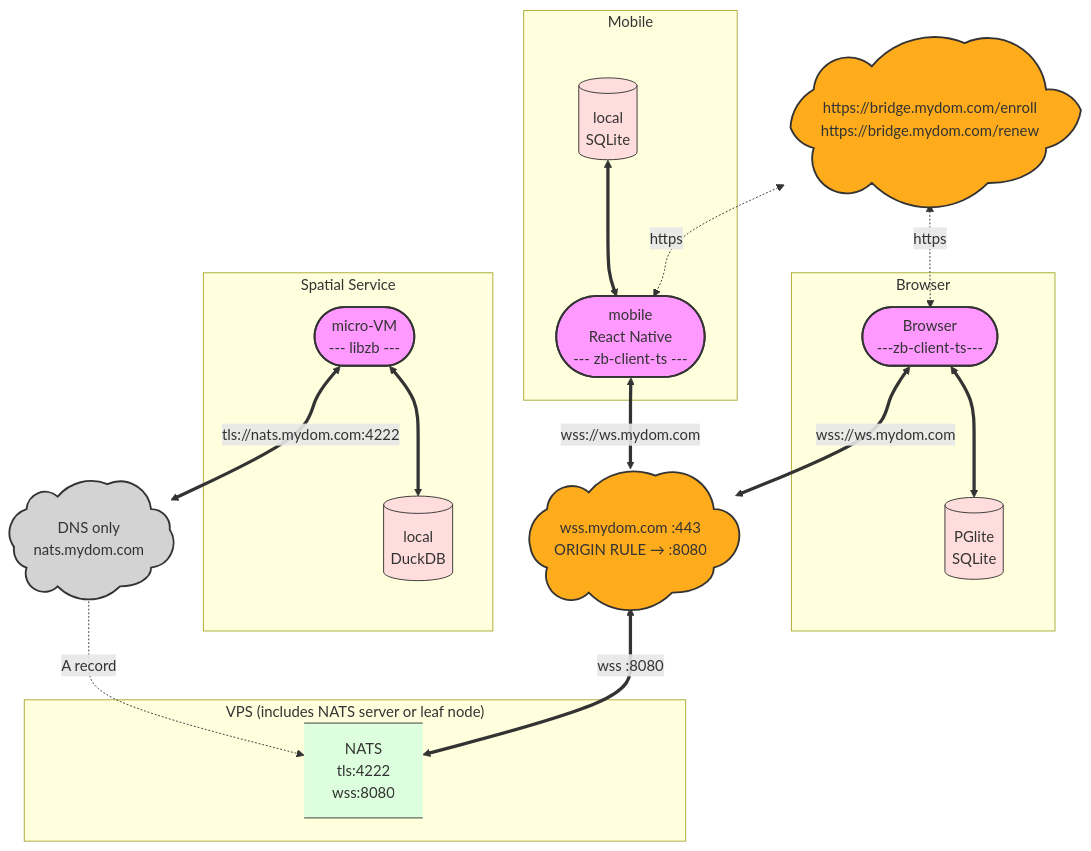
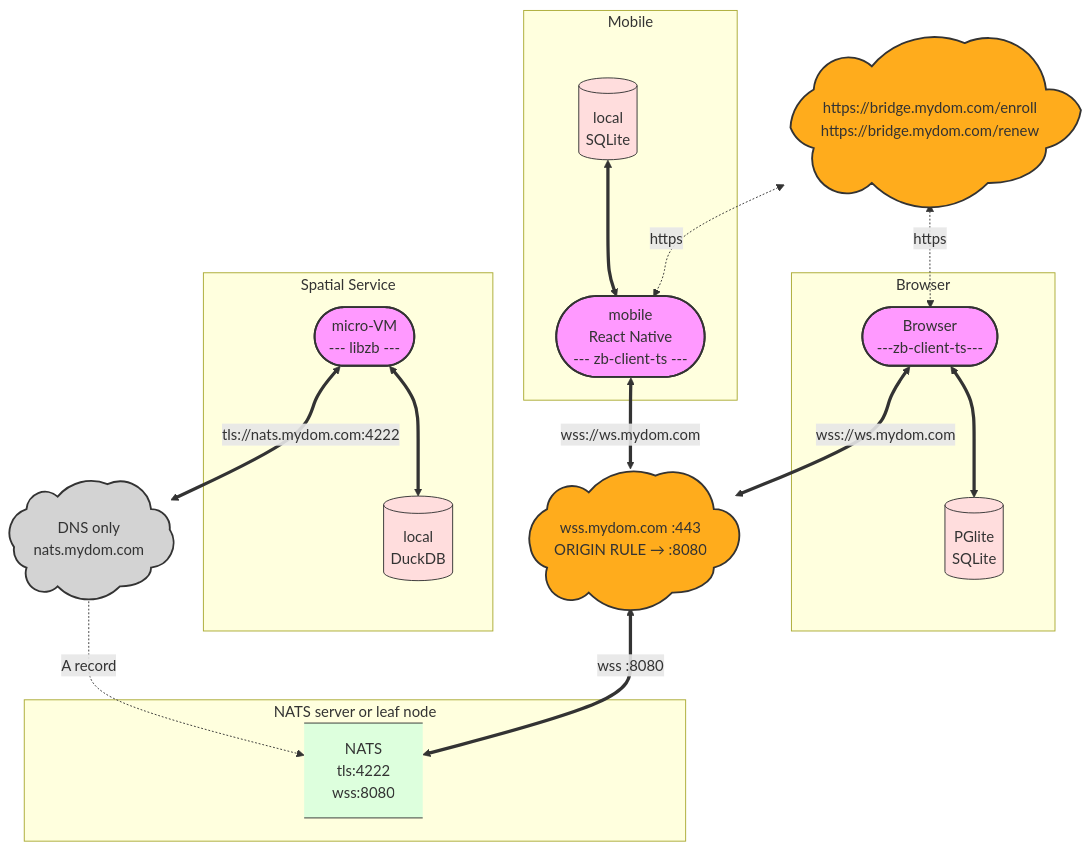
One commit to ndrean/ZeBridge changed the third of 6 diagrams in README.md. Above: the diagram before and after it, drawn with Mermaid. The commit also changed other lines of this file and 2 other files, not shown here.

Commit message:
README: the leaf node section in the contents, the topology label; 10-airports: a favicon
Claude-Session: https://claude.ai/code/session_01ScqRrb1UvuFCwy26GTX7hf

````diff
--- a/README.md
+++ b/README.md
@@ -401,50 +402,50 @@
 ```mermaid
 graph TD
     classDef external fill:#f9f,stroke:#333,stroke-width:2px;
     classDef orange-proxy fill:#FFAC1C,stroke:#333,stroke-width:2px;
     classDef grey-proxy fill:#D3D3D3,stroke:#333,stroke-width:2px;
     classDef internal fill:#dfd,stroke:#333,stroke-width:1px;
     classDef secure fill:#fdd,stroke:#333,stroke-width:1px;
     classDef telemetry fill:#fff2cc,stroke:#d6b656,stroke-width:1px;
     classDef daemon fill:#bdf3ff,stroke:#ac0100,stroke-width:2px;
 
     subgraph Mobile
       UserMobile([mobile<br>React Native<br>--- zb-client-ts ---]):::external
       LocalSQLite[(local<br>SQLite)]:::secure
       LocalSQLite <==>  UserMobile
     end
 
     subgraph Browser
       B([Browser<br>---zb-client-ts---]):::external
       LocalLite[(PGlite<br>SQLite)]:::secure
       B<==> LocalLite
     end
 
     subgraph Spatial Service
       VM([micro-VM<br>--- libzb ---]):::external
       LocalDuckDB[(local<br>DuckDB)]:::secure
       VM <==> LocalDuckDB
     end
 
     CF(["https://bridge.mydom.com/enroll<br>https://bridge.mydom.com/renew"]):::orange-proxy
     CF@{ shape: cloud }
     CFWS(["wss.mydom.com :443<br>ORIGIN RULE → :8080"]):::orange-proxy
     CFWS@{ shape: cloud }
     CFNATS(["DNS only<br>nats.mydom.com"]):::grey-proxy
     CFNATS@{ shape: cloud }
 
     
 
-    subgraph VPS ["VPS (includes NATS server or leaf node)"]
+    subgraph VPS ["NATS server or leaf node"]
         NATS[NATS<br>tls:4222<br>wss:8080]:::internal
         NATS@{ shape: data-store }
     end
 
     CF <-.-> |https| B
     CF <-.->|https| UserMobile
     B <==> |wss://ws.mydom.com| CFWS
     UserMobile <==>|wss://ws.mydom.com| CFWS
     CFWS <==>|wss :8080| NATS
     VM <==> |tls://nats.mydom.com:4222| CFNATS
     CFNATS -.->|A record| NATS
 ```
````
